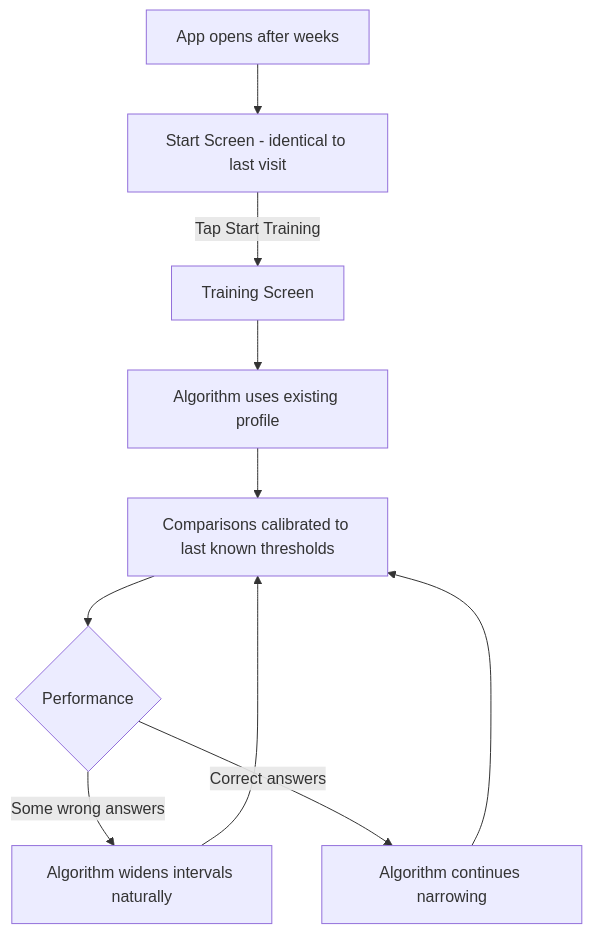
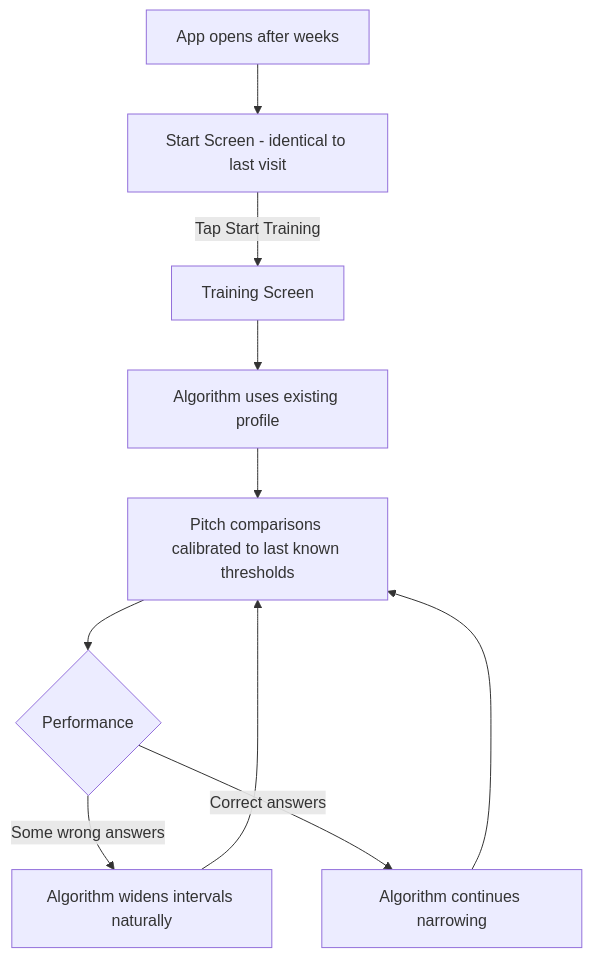
The fourth of 8 diagrams in docs/planning-artifacts/ux-design-specification.md (mschuerig/peach), drawn with Mermaid before and after one commit. The commit also changed other lines of this file and 120 other files, not shown here.

````diff
--- a/docs/planning-artifacts/ux-design-specification.md
+++ b/docs/planning-artifacts/ux-design-specification.md
@@ -571,12 +571,12 @@
 ```mermaid
 flowchart TD
     A[App opens after weeks] --> B[Start Screen - identical to last visit]
     B -->|Tap Start Training| C[Training Screen]
     C --> D[Algorithm uses existing profile]
-    D --> E[Comparisons calibrated to last known thresholds]
+    D --> E[Pitch comparisons calibrated to last known thresholds]
     E --> F{Performance}
     F -->|Some wrong answers| G[Algorithm widens intervals naturally]
     F -->|Correct answers| H[Algorithm continues narrowing]
     G --> E
     H --> E
 ```
````
